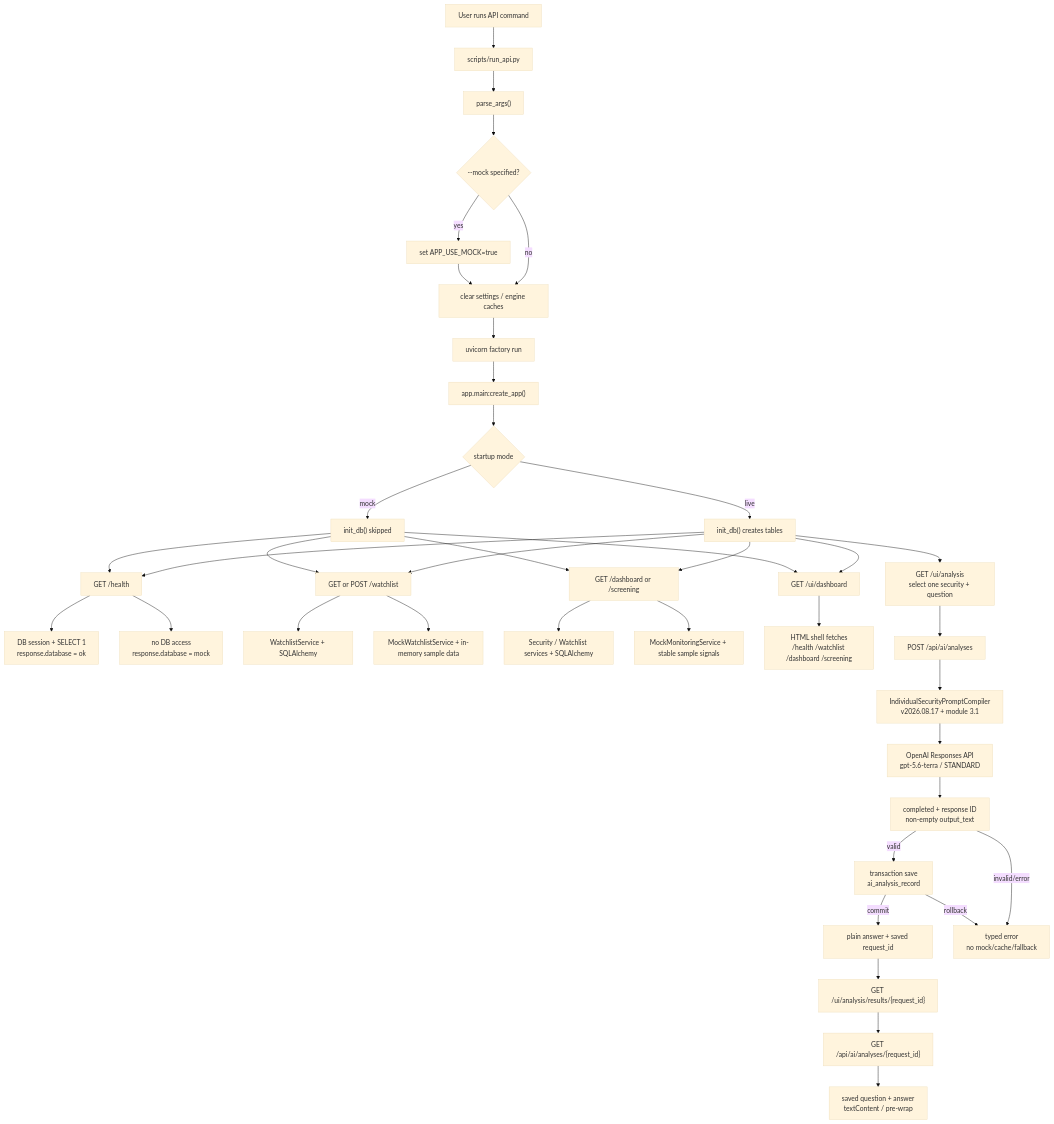
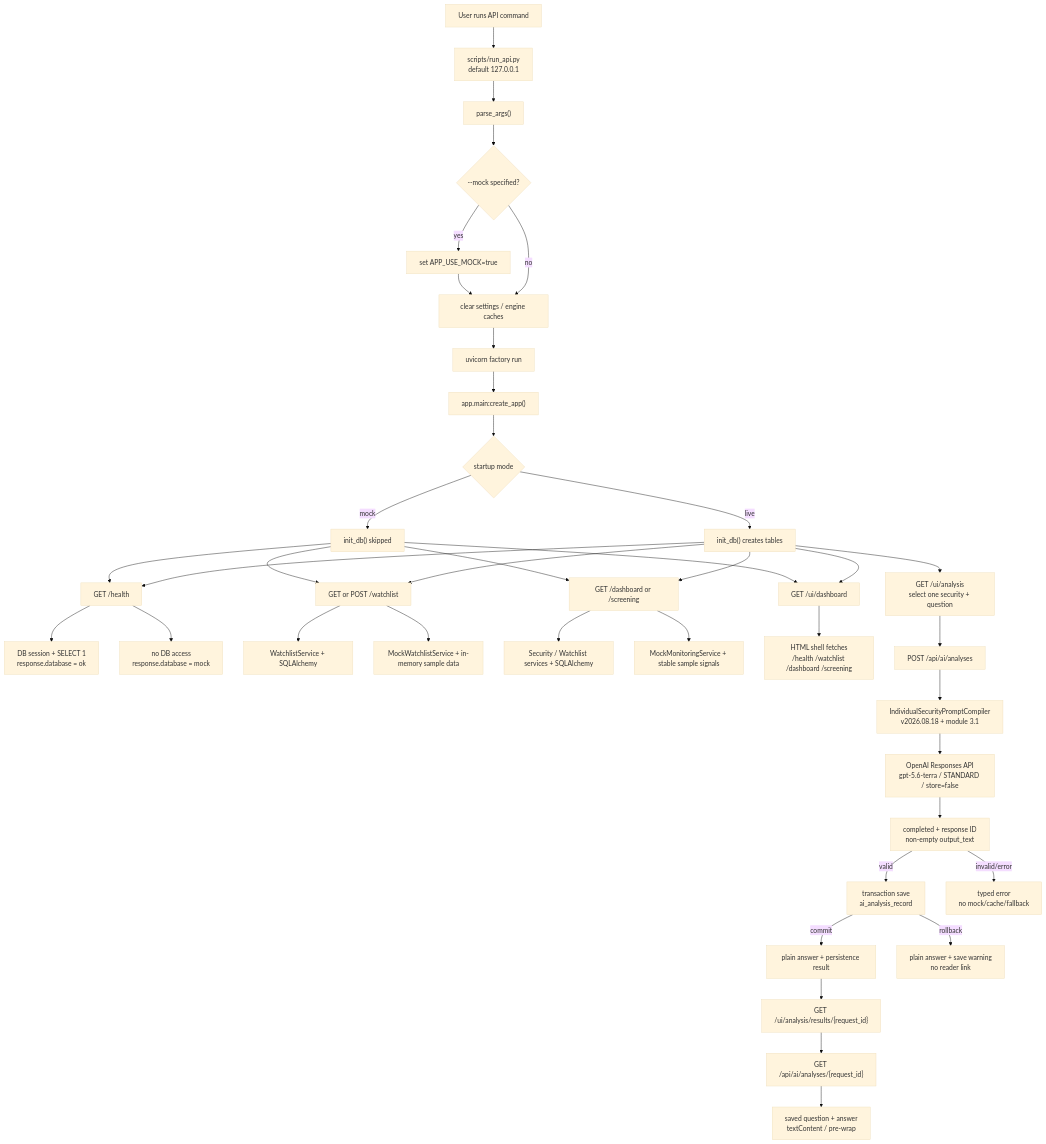
Before and after one commit to poly-tail/kabuhandan_hojo: the diagram in docs/graphs/src/api_runtime_flow.mmd, drawn with Mermaid (base theme). The commit also changed 60 other files, not shown here.

```diff
--- a/docs/graphs/src/api_runtime_flow.mmd
+++ b/docs/graphs/src/api_runtime_flow.mmd
@@ -1,73 +1,74 @@
 flowchart TD
     start["User runs API command"]
-    runner["scripts/run_api.py"]
+    runner["scripts/run_api.py\ndefault 127.0.0.1"]
     parse["parse_args()"]
     branch{"--mock specified?"}
     mockEnv["set APP_USE_MOCK=true"]
     clear["clear settings / engine caches"]
     uvicorn["uvicorn factory run"]
     create["app.main:create_app()"]
     lifespan{"startup mode"}
     liveInit["init_db() creates tables"]
     mockInit["init_db() skipped"]
     health["GET /health"]
     watchlist["GET or POST /watchlist"]
     monitoring["GET /dashboard or /screening"]
     ui["GET /ui/dashboard"]
     healthLive["DB session + SELECT 1\nresponse.database = ok"]
     healthMock["no DB access\nresponse.database = mock"]
     watchLive["WatchlistService + SQLAlchemy"]
     watchMock["MockWatchlistService + in-memory sample data"]
     monitoringLive["Security / Watchlist services + SQLAlchemy"]
     monitoringMock["MockMonitoringService + stable sample signals"]
     uiShell["HTML shell fetches\n/health /watchlist /dashboard /screening"]
     analysisUi["GET /ui/analysis\nselect one security + question"]
     analysisPost["POST /api/ai/analyses"]
-    promptCompiler["IndividualSecurityPromptCompiler\nv2026.08.17 + module 3.1"]
-    openai["OpenAI Responses API\ngpt-5.6-terra / STANDARD"]
+    promptCompiler["IndividualSecurityPromptCompiler\nv2026.08.18 + module 3.1"]
+    openai["OpenAI Responses API\ngpt-5.6-terra / STANDARD / store=false"]
     validate["completed + response ID\nnon-empty output_text"]
     save["transaction save\nai_analysis_record"]
-    answer["plain answer + saved request_id"]
+    answer["plain answer + persistence result"]
+    saveWarning["plain answer + save warning\nno reader link"]
     reader["GET /ui/analysis/results/{request_id}"]
     savedGet["GET /api/ai/analyses/{request_id}"]
     savedAnswer["saved question + answer\ntextContent / pre-wrap"]
     analysisError["typed error\nno mock/cache/fallback"]
 
     start --> runner
     runner --> parse
     parse --> branch
     branch -->|yes| mockEnv
     branch -->|no| clear
     mockEnv --> clear
     clear --> uvicorn
     uvicorn --> create
     create --> lifespan
     lifespan -->|live| liveInit
     lifespan -->|mock| mockInit
     liveInit --> health
     liveInit --> watchlist
     liveInit --> monitoring
     liveInit --> ui
     liveInit --> analysisUi
     mockInit --> health
     mockInit --> watchlist
     mockInit --> monitoring
     mockInit --> ui
     health --> healthLive
     health --> healthMock
     watchlist --> watchLive
     watchlist --> watchMock
     monitoring --> monitoringLive
     monitoring --> monitoringMock
     ui --> uiShell
     analysisUi --> analysisPost
     analysisPost --> promptCompiler
     promptCompiler --> openai
     openai --> validate
     validate -->|valid| save
     validate -->|invalid/error| analysisError
     save -->|commit| answer
-    save -->|rollback| analysisError
+    save -->|rollback| saveWarning
     answer --> reader
     reader --> savedGet
     savedGet --> savedAnswer
```
